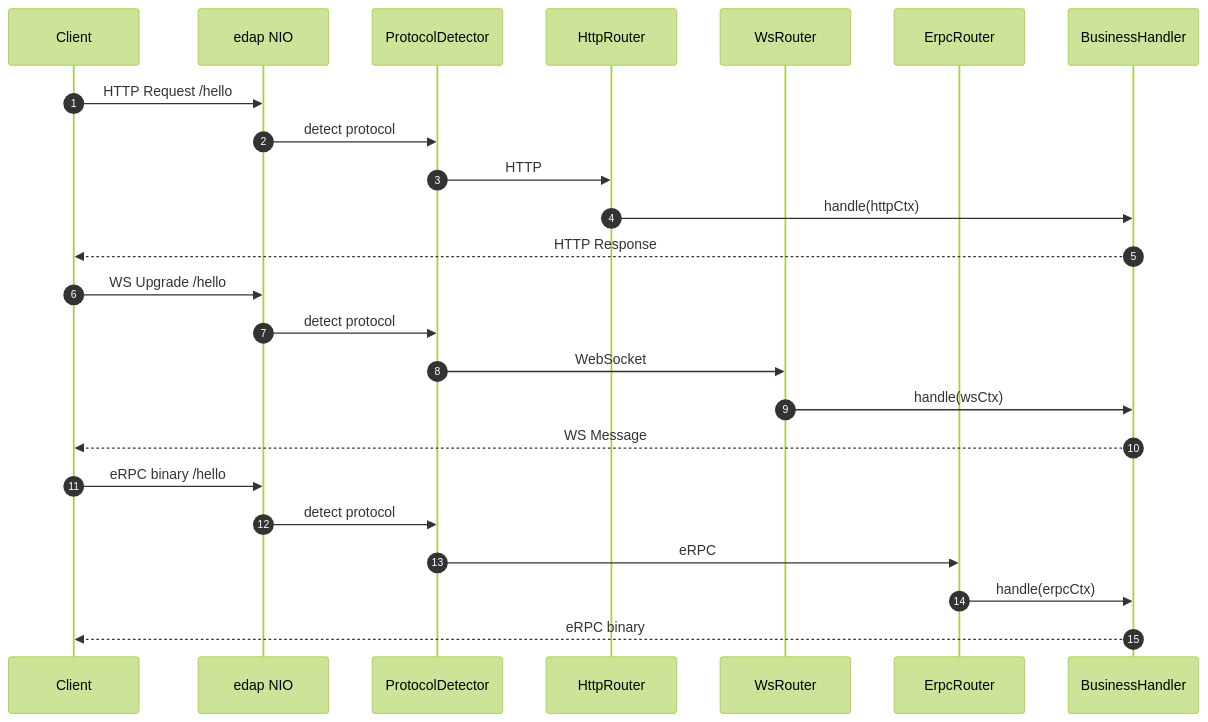
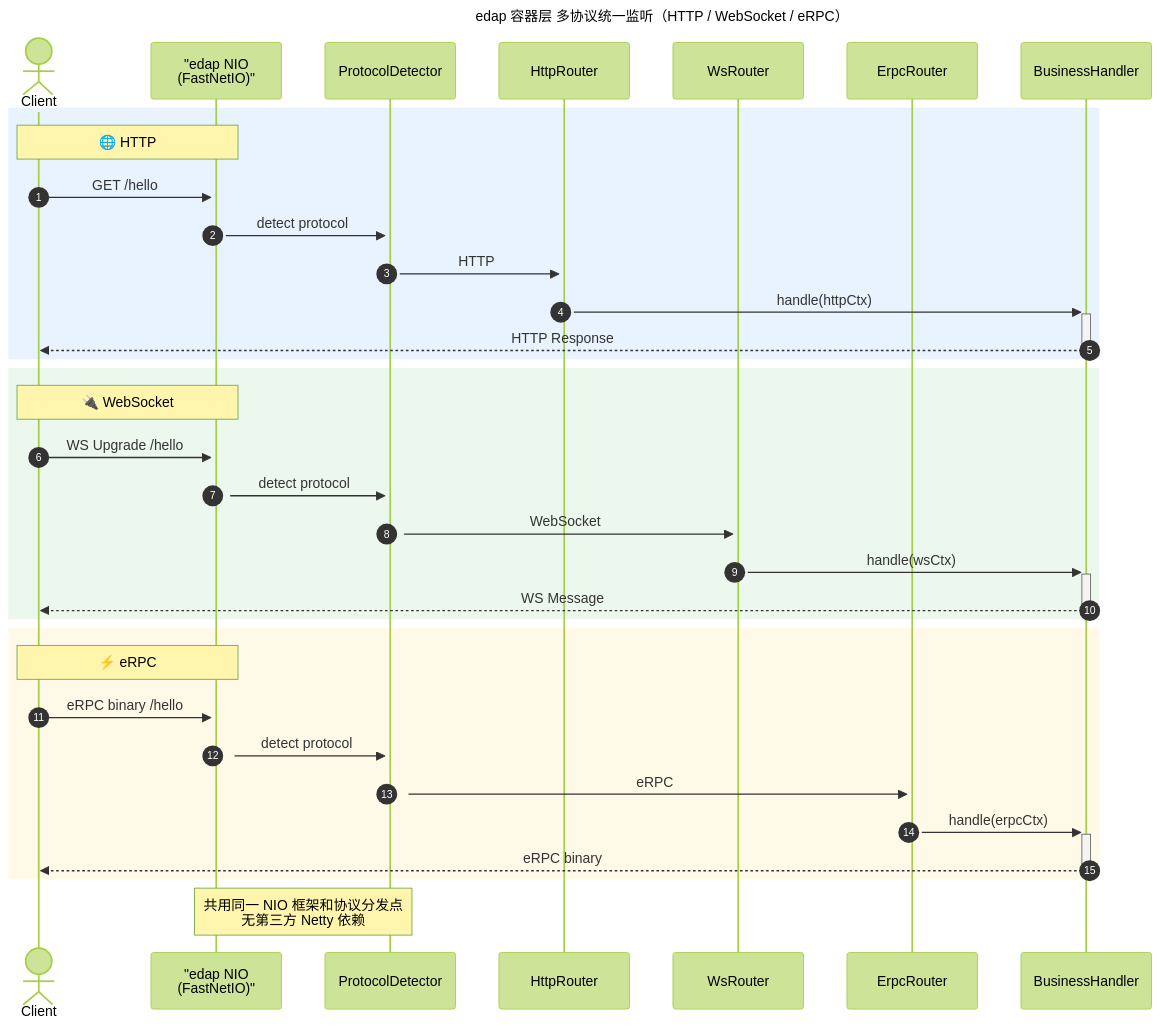
Before and after one commit to edap-io/edap: diagram 20 of 42 in README.md, drawn with Mermaid (forest theme). The commit also changed other lines of this file, not shown here.

Commit message:
完善README.md文档中的图样式

````diff
--- a/README.md
+++ b/README.md
@@ -1348,29 +1374,42 @@
 ```mermaid
 sequenceDiagram
     autonumber
-    participant C as Client
-    participant NIO as edap NIO
-    participant D as ProtocolDetector
-    participant HR as HttpRouter
-    participant WR as WsRouter
-    participant ER as ErpcRouter
-    participant H as BusinessHandler
+    title edap 容器层 多协议统一监听（HTTP / WebSocket / eRPC）
 
-    C->>NIO: HTTP Request /hello
-    NIO->>D: detect protocol
-    D->>HR: HTTP
-    HR->>H: handle(httpCtx)
-    H-->>C: HTTP Response
+    actor Client
+    participant NIO as "edap NIO<br/>(FastNetIO)"
+    participant Detector as ProtocolDetector
+    participant HttpRouter
+    participant WsRouter
+    participant ErpcRouter
+    participant Handler as BusinessHandler
 
-    C->>NIO: WS Upgrade /hello
-    NIO->>D: detect protocol
-    D->>WR: WebSocket
-    WR->>H: handle(wsCtx)
-    H-->>C: WS Message
+    rect rgba(207, 226, 255, 0.45)
+        Note over Client,NIO: 🌐 HTTP
+        Client->>+NIO: GET /hello
+        NIO->>+Detector: detect protocol
+        Detector->>+HttpRouter: HTTP
+        HttpRouter->>+Handler: handle(httpCtx)
+        Handler-->>-Client: HTTP Response
+    end
 
-    C->>NIO: eRPC binary /hello
-    NIO->>D: detect protocol
-    D->>ER: eRPC
-    ER->>H: handle(erpcCtx)
-    H-->>C: eRPC binary
+    rect rgba(212, 237, 218, 0.45)
+        Note over Client,NIO: 🔌 WebSocket
+        Client->>+NIO: WS Upgrade /hello
+        NIO->>+Detector: detect protocol
+        Detector->>+WsRouter: WebSocket
+        WsRouter->>+Handler: handle(wsCtx)
+        Handler-->>-Client: WS Message
+    end
+
+    rect rgba(255, 243, 205, 0.45)
+        Note over Client,NIO: ⚡ eRPC
+        Client->>+NIO: eRPC binary /hello
+        NIO->>+Detector: detect protocol
+        Detector->>+ErpcRouter: eRPC
+        ErpcRouter->>+Handler: handle(erpcCtx)
+        Handler-->>-Client: eRPC binary
+    end
+
+    Note over NIO,Detector: 共用同一 NIO 框架和协议分发点<br/>无第三方 Netty 依赖
 ```
````
